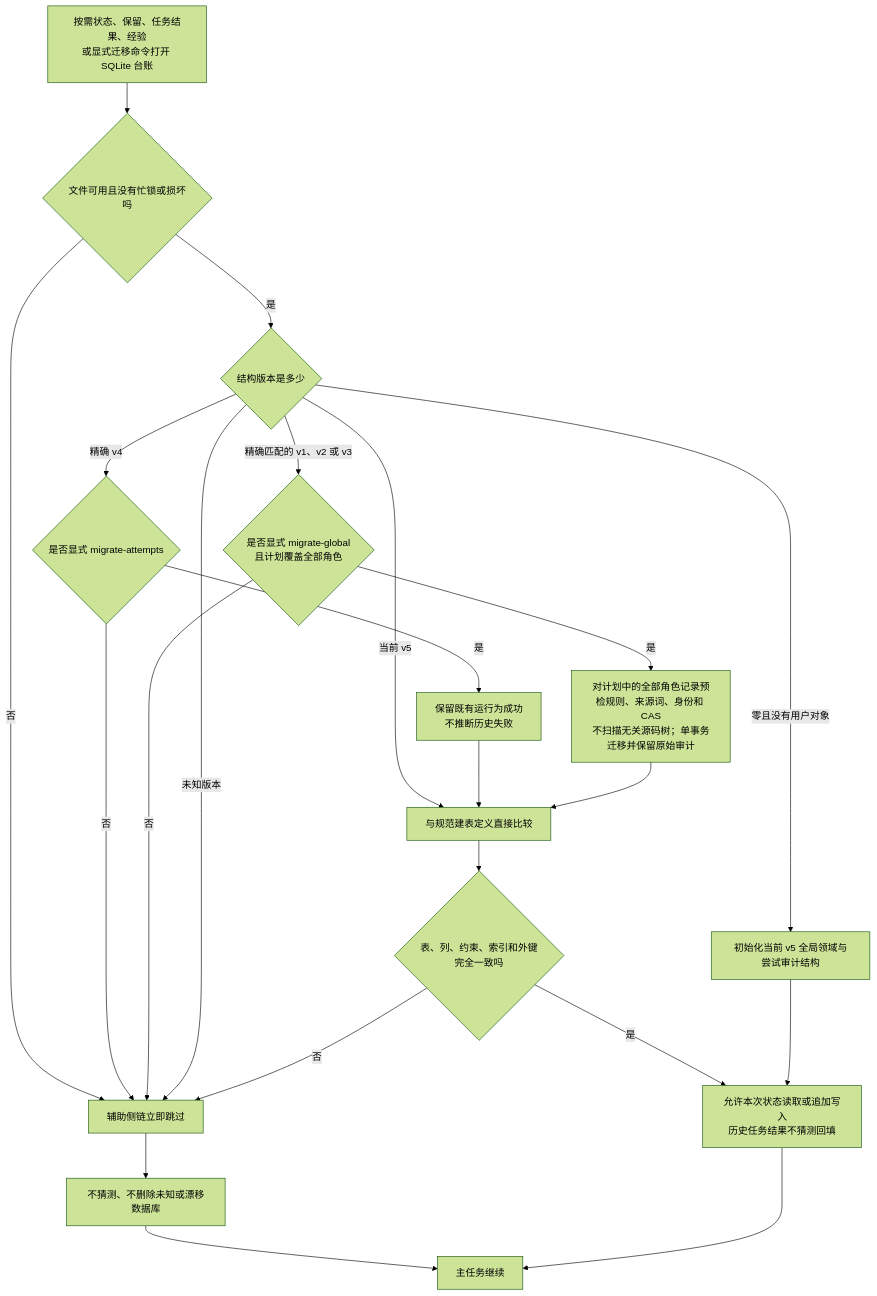
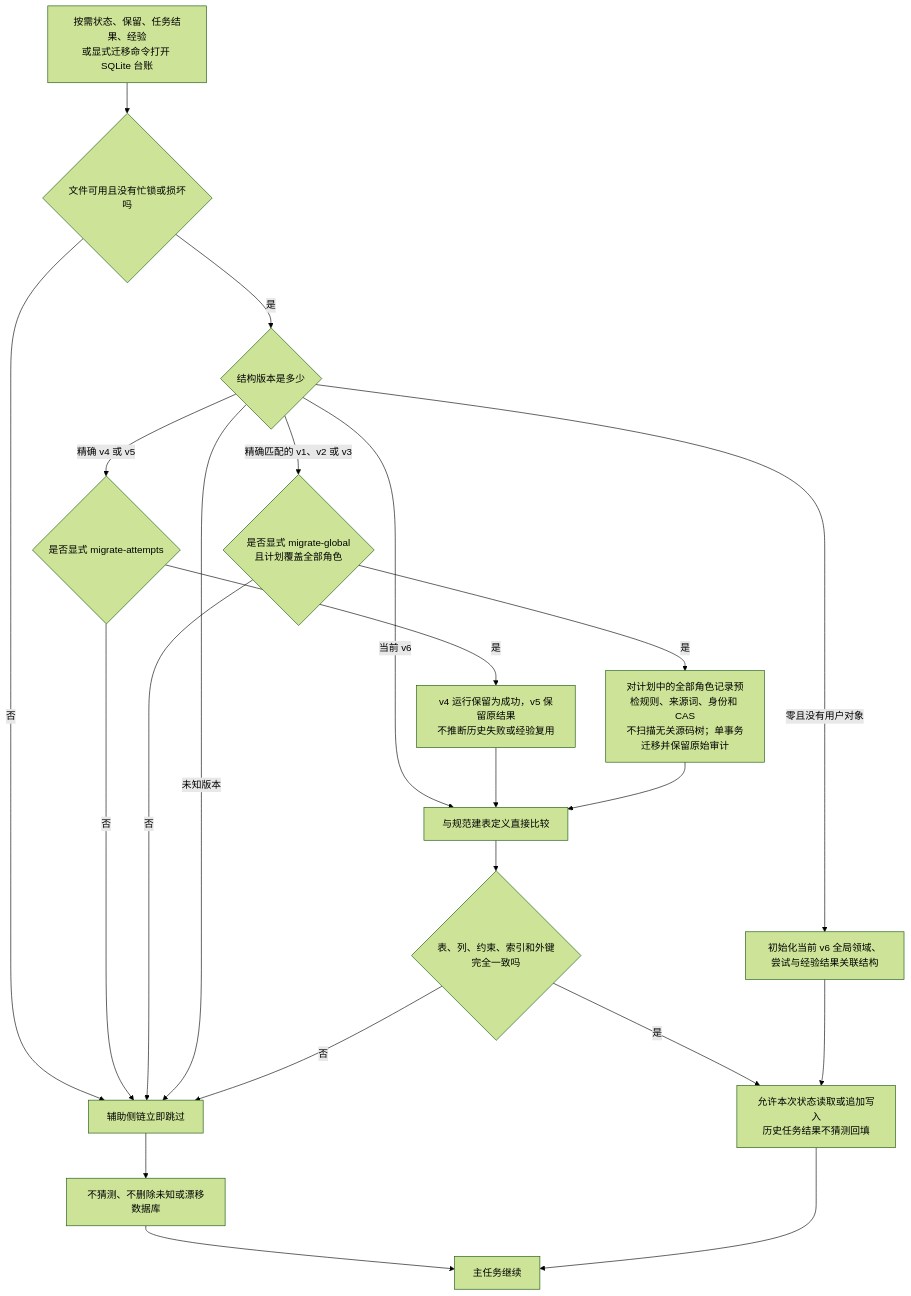
One commit to Lang45/codex-lean-stack changed diagram 11 of 13 in skills/lean-stack/references/flowcharts-zh.md. Above: the diagram before and after it, drawn with Mermaid (forest theme). The commit also changed other lines of this file and 14 other files, not shown here.

````diff
--- a/skills/lean-stack/references/flowcharts-zh.md
+++ b/skills/lean-stack/references/flowcharts-zh.md
@@ -629,24 +630,24 @@
 ```mermaid
 flowchart TD
     A[按需状态、保留、任务结果、经验<br/>或显式迁移命令打开 SQLite 台账] --> B{文件可用且没有忙锁或损坏吗}
     B -->|否| C[辅助侧链立即跳过]
     B -->|是| D{结构版本是多少}
-    D -->|零且没有用户对象| E[初始化当前 v5 全局领域与尝试审计结构]
-    D -->|当前 v5| F[与规范建表定义直接比较]
-    D -->|精确 v4| V4{是否显式 migrate-attempts}
+    D -->|零且没有用户对象| E[初始化当前 v6 全局领域、尝试与经验结果关联结构]
+    D -->|当前 v6| F[与规范建表定义直接比较]
+    D -->|精确 v4 或 v5| V4{是否显式 migrate-attempts}
     V4 -->|否| C
-    V4 -->|是| V5[保留既有运行为成功<br/>不推断历史失败]
+    V4 -->|是| V5[v4 运行保留为成功，v5 保留原结果<br/>不推断历史失败或经验复用]
     V5 --> F
     D -->|精确匹配的 v1、v2 或 v3| G{是否显式 migrate-global<br/>且计划覆盖全部角色}
     G -->|否| C
     G -->|是| G2[对计划中的全部角色记录预检规则、来源词、身份和 CAS<br/>不扫描无关源码树；单事务迁移并保留原始审计]
     G2 --> F
     D -->|未知版本| C
     F --> H{表、列、约束、索引和外键完全一致吗}
     H -->|是| I[允许本次状态读取或追加写入<br/>历史任务结果不猜测回填]
     H -->|否| C
     C --> J[不猜测、不删除未知或漂移数据库]
     J --> K[主任务继续]
     E --> I
     I --> K
 ```
````
